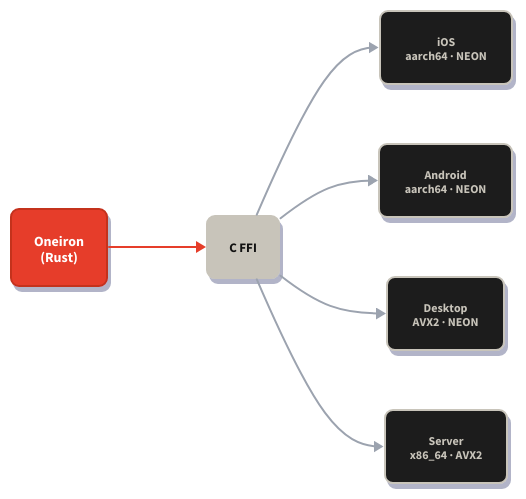
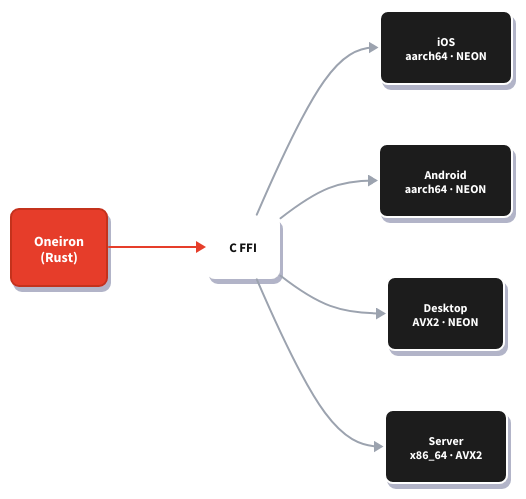
The diagram in docs/deployment-dark.d2 (oneiron-dev/oneiron), drawn with D2 before and after one commit. The commit also changed 8 other files, not shown here.

First line of the commit message:
Cream fills for light storage, white text for dark mode diagrams

```diff
--- a/docs/deployment-dark.d2
+++ b/docs/deployment-dark.d2
@@ -1,64 +1,64 @@
 direction: right
 
 core: Oneiron\n(Rust) {
   style.fill: "#E63E2A"
   style.font-color: "#ffffff"
   style.stroke: "#c4321f"
   style.border-radius: 8
   style.font-size: 14
   style.bold: true
   style.shadow: true
 }
 
 ffi: C FFI {
-  style.fill: "#C8C4BA"
+  style.fill: "#ffffff"
   style.font-color: "#111111"
-  style.stroke: "#C8C4BA"
+  style.stroke: "#ffffff"
   style.border-radius: 8
   style.font-size: 13
   style.bold: true
   style.shadow: true
 }
 
 ios: iOS\naarch64 · NEON {
   style.fill: "#1A1A1A"
-  style.font-color: "#C8C4BA"
-  style.stroke: "#C8C4BA"
+  style.font-color: "#ffffff"
+  style.stroke: "#ffffff"
   style.border-radius: 8
   style.font-size: 12
   style.shadow: true
 }
 
 android: Android\naarch64 · NEON {
   style.fill: "#1A1A1A"
-  style.font-color: "#C8C4BA"
-  style.stroke: "#C8C4BA"
+  style.font-color: "#ffffff"
+  style.stroke: "#ffffff"
   style.border-radius: 8
   style.font-size: 12
   style.shadow: true
 }
 
 desktop: Desktop\nAVX2 · NEON {
   style.fill: "#1A1A1A"
-  style.font-color: "#C8C4BA"
-  style.stroke: "#C8C4BA"
+  style.font-color: "#ffffff"
+  style.stroke: "#ffffff"
   style.border-radius: 8
   style.font-size: 12
   style.shadow: true
 }
 
 server: Server\nx86_64 · AVX2 {
   style.fill: "#1A1A1A"
-  style.font-color: "#C8C4BA"
-  style.stroke: "#C8C4BA"
+  style.font-color: "#ffffff"
+  style.stroke: "#ffffff"
   style.border-radius: 8
   style.font-size: 12
   style.shadow: true
 }
 
 core -> ffi: {style.stroke: "#E63E2A"; style.stroke-width: 2}
 
 ffi -> ios: {style.stroke: "#9CA3AF"; style.stroke-width: 2}
 ffi -> android: {style.stroke: "#9CA3AF"; style.stroke-width: 2}
 ffi -> desktop: {style.stroke: "#9CA3AF"; style.stroke-width: 2}
 ffi -> server: {style.stroke: "#9CA3AF"; style.stroke-width: 2}
```
